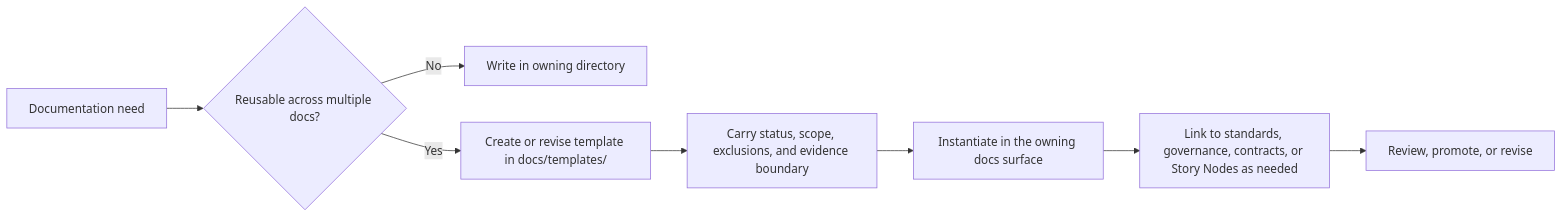
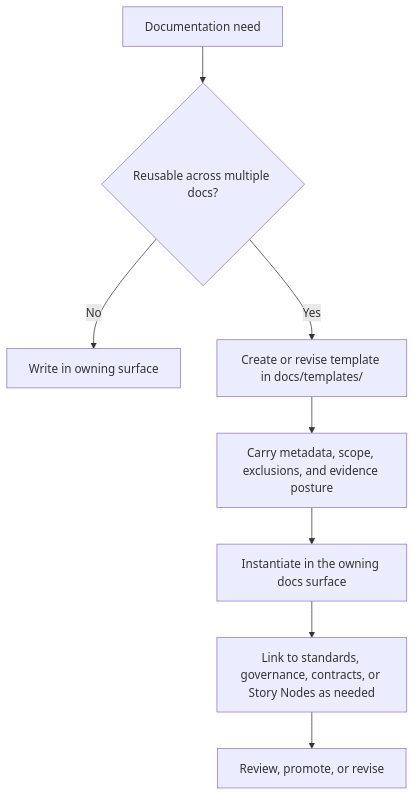
The diagram in docs/templates/README.md (bartytime4life/Kansas-Frontier-Matrix), drawn with Mermaid before and after one commit. The commit also changed other lines of this file, not shown here.

````diff
--- a/docs/templates/README.md
+++ b/docs/templates/README.md
@@ -197,10 +200,10 @@
 ```mermaid
-flowchart LR
+flowchart TD
     A[Documentation need] --> B{Reusable across multiple docs?}
-    B -- No --> C[Write in owning directory]
+    B -- No --> C[Write in owning surface]
     B -- Yes --> D[Create or revise template in docs/templates/]
-    D --> E[Carry status, scope, exclusions, and evidence boundary]
+    D --> E[Carry metadata, scope, exclusions, and evidence posture]
     E --> F[Instantiate in the owning docs surface]
     F --> G[Link to standards, governance, contracts, or Story Nodes as needed]
     G --> H[Review, promote, or revise]
 ```
````
